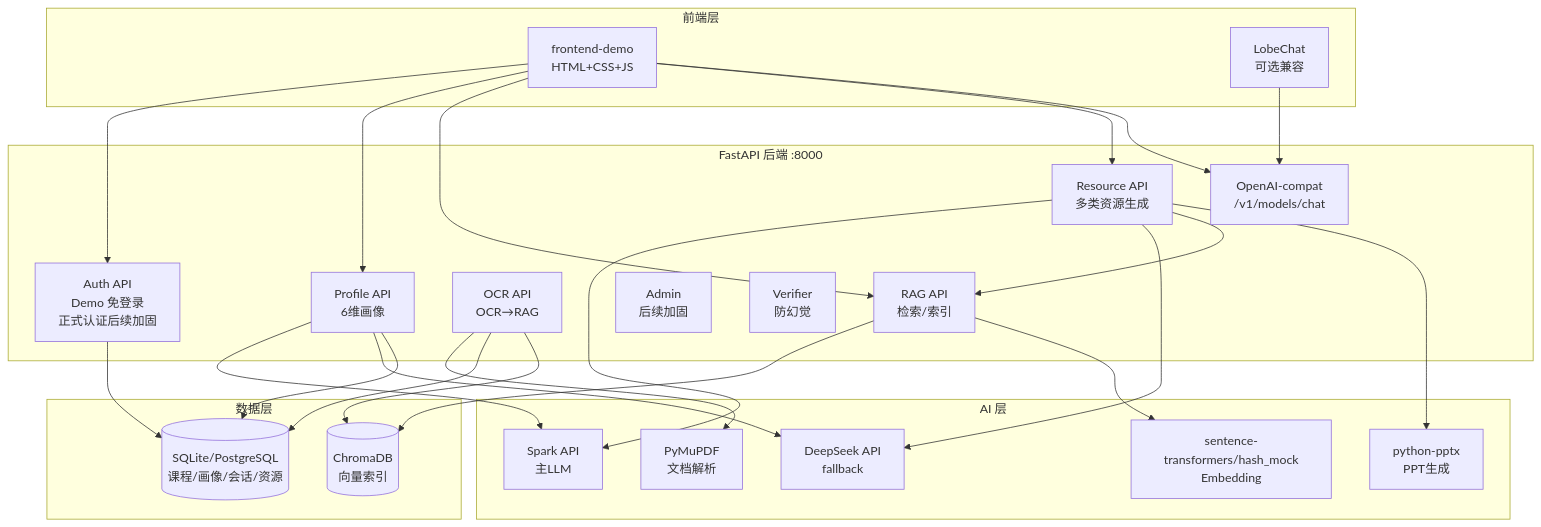
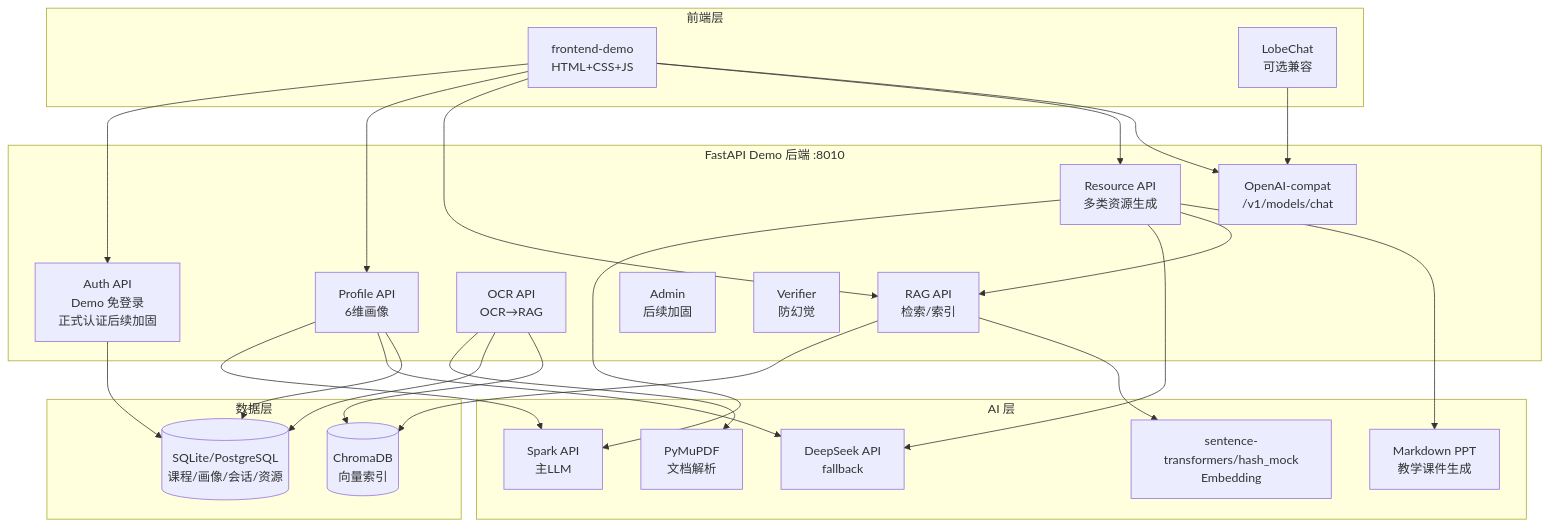
One commit to jasminenetf/intelligent-learning-agent changed the first of 4 diagrams in docs/presentation/ARCHITECTURE_DIAGRAMS.md. Above: the diagram before and after it, drawn with Mermaid. The commit also changed other lines of this file and 19 other files, not shown here.

````diff
--- a/docs/presentation/ARCHITECTURE_DIAGRAMS.md
+++ b/docs/presentation/ARCHITECTURE_DIAGRAMS.md
@@ -9,51 +9,51 @@
 ```mermaid
 graph TB
     subgraph Frontend["前端层"]
         FE[frontend-demo<br/>HTML+CSS+JS]
         LC[LobeChat<br/>可选兼容]
     end
 
-    subgraph API["FastAPI 后端 :8000"]
+    subgraph API["FastAPI Demo 后端 :8010"]
         AUTH[Auth API<br/>Demo 免登录<br/>正式认证后续加固]
         PROF[Profile API<br/>6维画像]
         OCR[OCR API<br/>OCR→RAG]
         RAG[RAG API<br/>检索/索引]
         RES[Resource API<br/>多类资源生成]
         OAI[OpenAI-compat<br/>/v1/models/chat]
         ADMIN[Admin<br/>后续加固]
         VFY[Verifier<br/>防幻觉]
     end
 
     subgraph Data["数据层"]
         SQL[(SQLite/PostgreSQL<br/>课程/画像/会话/资源)]
         CHROMA[(ChromaDB<br/>向量索引)]
     end
 
     subgraph AI["AI 层"]
         SP[Spark API<br/>主LLM]
         DS[DeepSeek API<br/>fallback]
         ST[sentence-transformers/hash_mock<br/>Embedding]
         MU[PyMuPDF<br/>文档解析]
-        PP[python-pptx<br/>PPT生成]
+        PP[Markdown PPT<br/>教学课件生成]
     end
 
     FE --> AUTH
     FE --> PROF
     FE --> RAG
     FE --> RES
     FE --> OAI
     LC --> OAI
     AUTH --> SQL
     PROF --> SP
     PROF --> DS
     PROF --> SQL
     OCR --> MU
     OCR --> SQL
     OCR --> CHROMA
     RAG --> CHROMA
     RAG --> ST
     RES --> SP
     RES --> DS
     RES --> RAG
     RES --> PP
 ```
````
